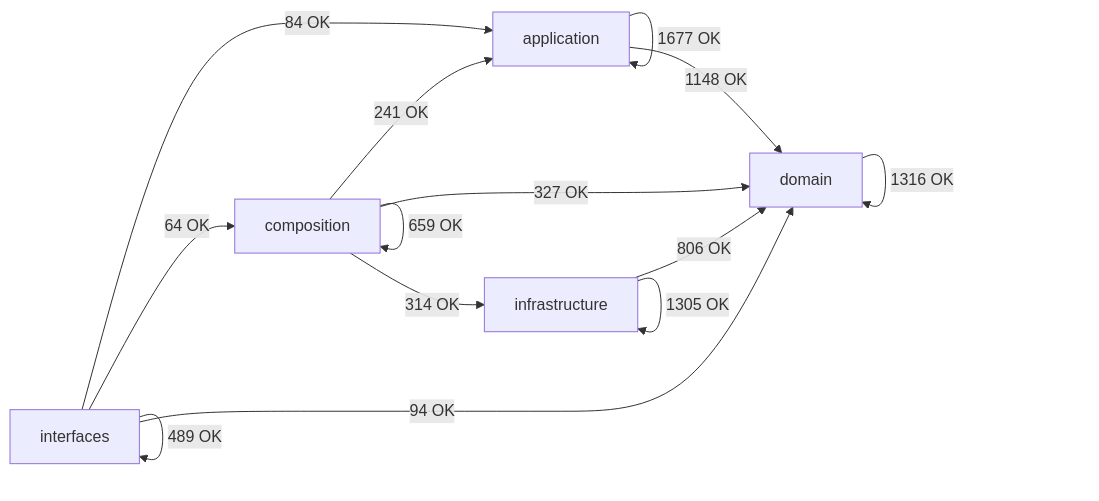
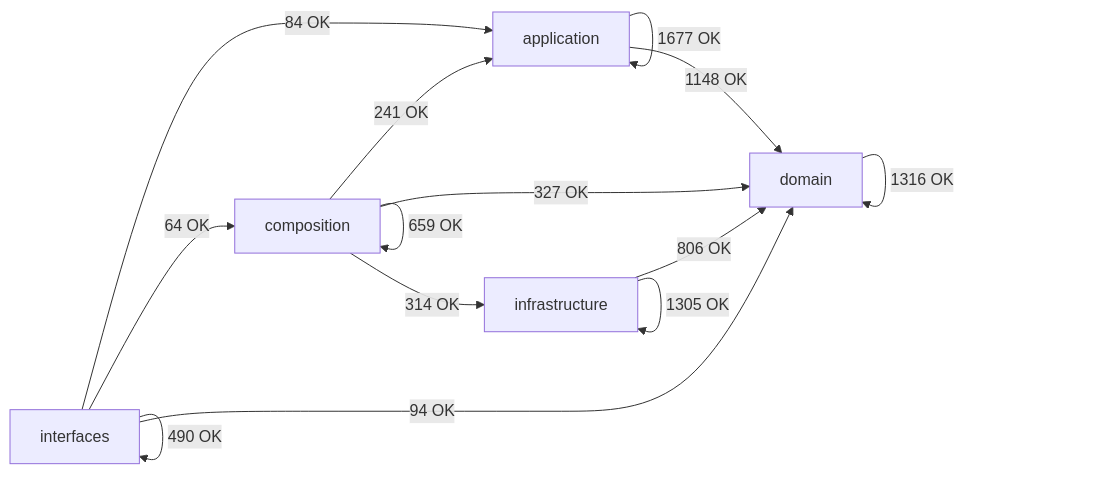
One commit to SatoryKono/BioactivityDataAcquisition changed the diagram in docs/02-architecture/generated/module-dependency-map.md. Above: the diagram before and after it, drawn with Mermaid. The commit also changed other lines of this file and 1 other file, not shown here.

````diff
--- a/docs/02-architecture/generated/module-dependency-map.md
+++ b/docs/02-architecture/generated/module-dependency-map.md
@@ -17,21 +17,21 @@
 ```mermaid
 flowchart LR
     domain[domain]
     application[application]
     infrastructure[infrastructure]
     composition[composition]
     interfaces[interfaces]
     application -->|1677 OK| application
     application -->|1148 OK| domain
     composition -->|241 OK| application
     composition -->|659 OK| composition
     composition -->|327 OK| domain
     composition -->|314 OK| infrastructure
     domain -->|1316 OK| domain
     infrastructure -->|806 OK| domain
     infrastructure -->|1305 OK| infrastructure
     interfaces -->|84 OK| application
     interfaces -->|64 OK| composition
     interfaces -->|94 OK| domain
-    interfaces -->|489 OK| interfaces
+    interfaces -->|490 OK| interfaces
 ```
````
